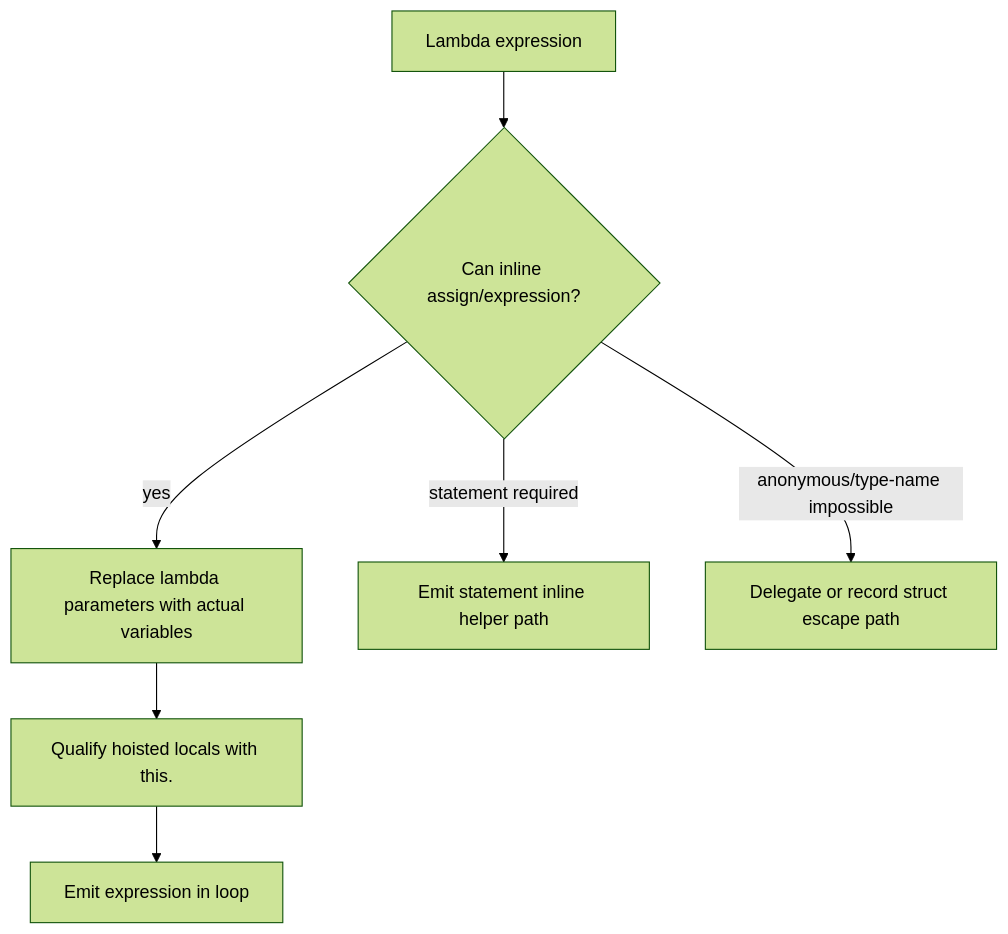
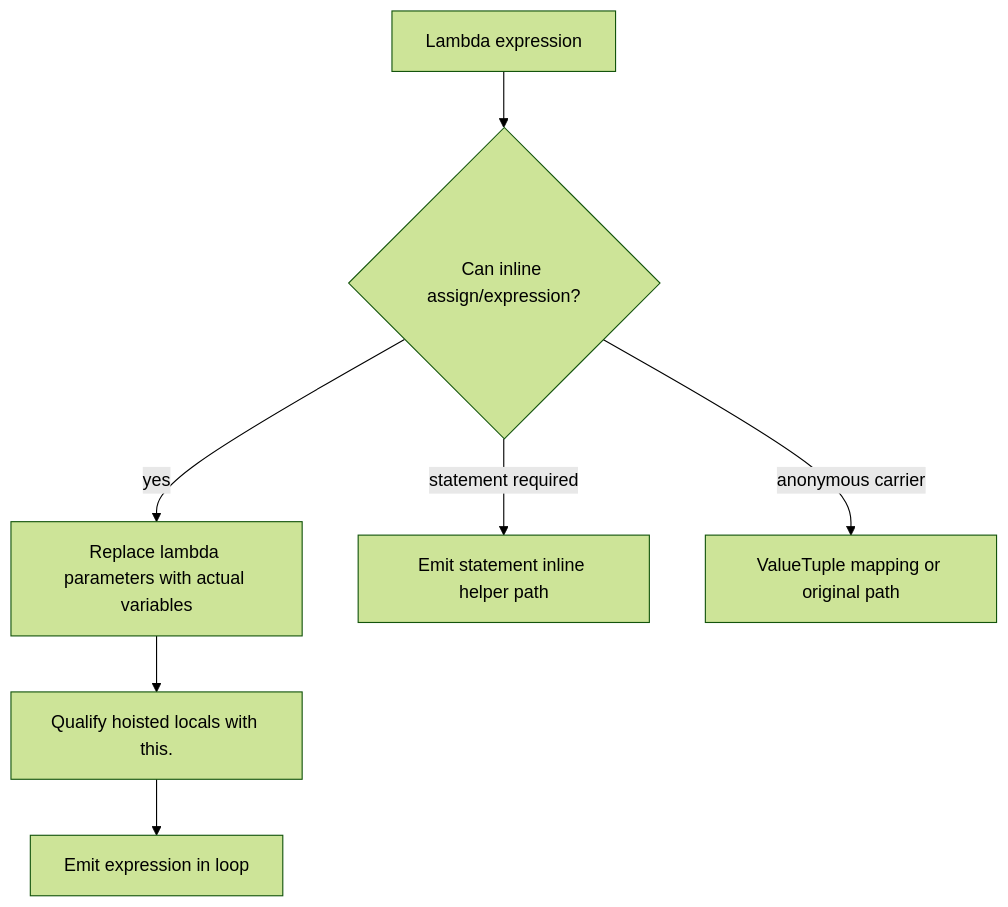
The ninth of 37 diagrams in docs/refactoring-designs/20260624-1806-flinq-intercept-optimization-pipeline-fragment-spec.md (AloneCraft/Seamless), drawn with Mermaid (forest theme) before and after one commit. The commit also changed other lines of this file and 113 other files, not shown here.

````diff
--- a/docs/refactoring-designs/20260624-1806-flinq-intercept-optimization-pipeline-fragment-spec.md
+++ b/docs/refactoring-designs/20260624-1806-flinq-intercept-optimization-pipeline-fragment-spec.md
@@ -434,9 +434,9 @@
 ```mermaid
 flowchart TD
     A[Lambda expression] --> B{Can inline assign/expression?}
     B -->|yes| C[Replace lambda parameters with actual variables]
     C --> D[Qualify hoisted locals with this.]
     D --> E[Emit expression in loop]
     B -->|statement required| F[Emit statement inline helper path]
-    B -->|anonymous/type-name impossible| G[Delegate or record struct escape path]
+    B -->|anonymous carrier| G[ValueTuple mapping or original path]
 ```
````
